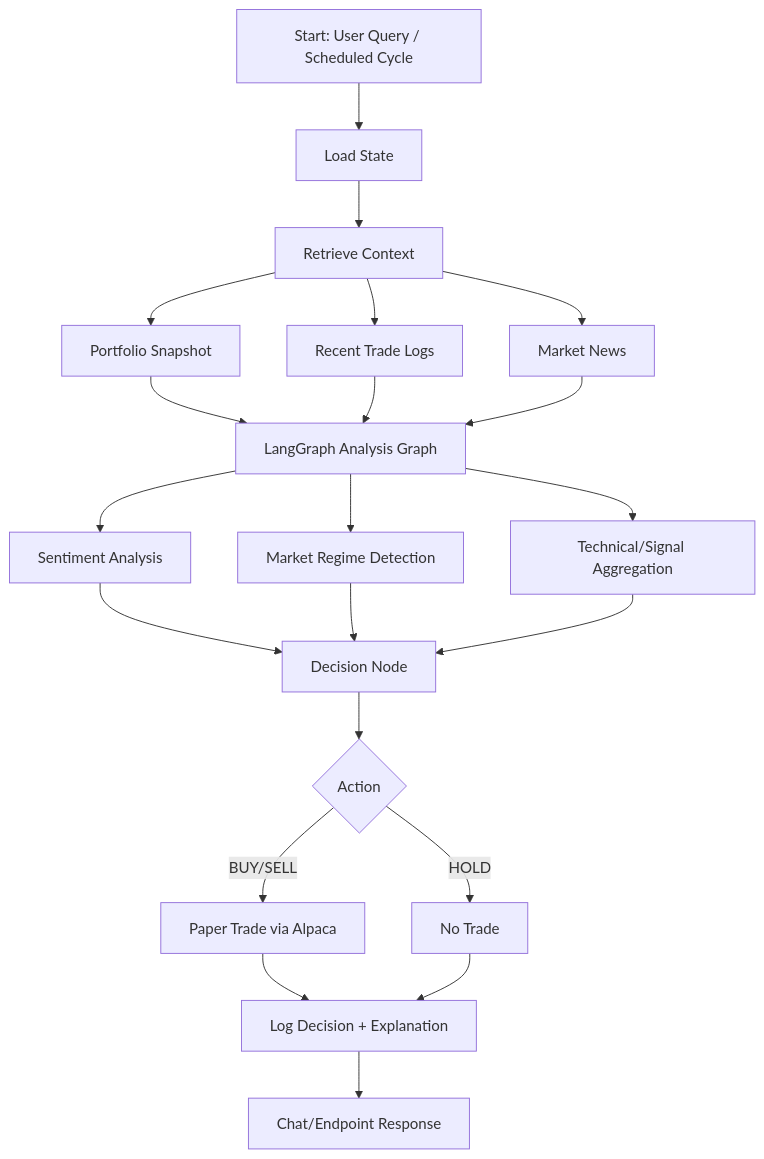
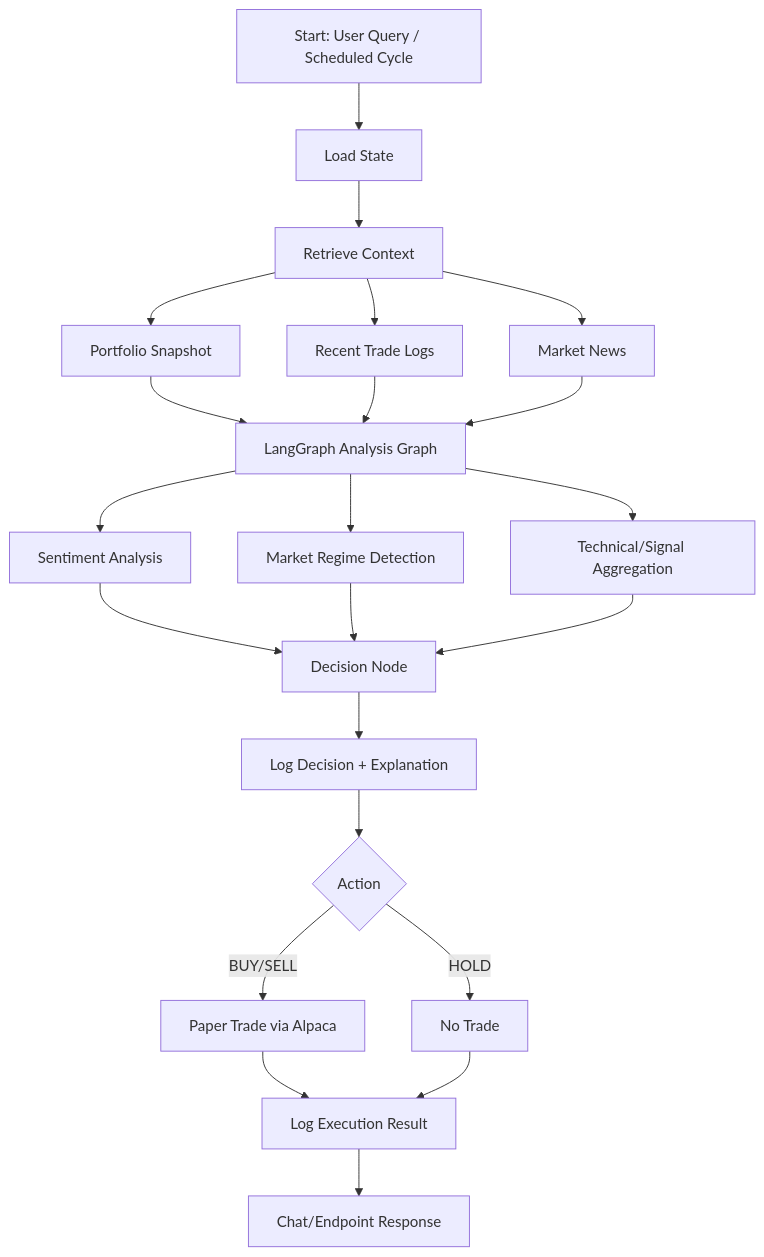
One commit to sidmadan40/StocksChat changed the diagram in README.md. Above: the diagram before and after it, drawn with Mermaid. The commit also changed 1 other file, not shown here.

Commit message:
Fix decision logging sequence before trade execution
- Update README flowchart to log decision before Alpaca trade
- Update run_ai_trade_cycle to log decision before broker call
- Add post-execution log event with execution status

````diff
--- a/README.md
+++ b/README.md
@@ -37,28 +37,29 @@
 ```mermaid
 flowchart TD
 	A[Start: User Query / Scheduled Cycle] --> B[Load State]
 	B --> C[Retrieve Context]
 	C --> C1[Portfolio Snapshot]
 	C --> C2[Recent Trade Logs]
 	C --> C3[Market News]
 
 	C1 --> D[LangGraph Analysis Graph]
 	C2 --> D
 	C3 --> D
 
 	D --> E[Sentiment Analysis]
 	D --> F[Market Regime Detection]
 	D --> G[Technical/Signal Aggregation]
 
 	E --> H[Decision Node]
 	F --> H
 	G --> H
+	H --> L[Log Decision + Explanation]
 
-	H --> I{Action}
+	L --> I{Action}
 	I -->|BUY/SELL| J[Paper Trade via Alpaca]
 	I -->|HOLD| K[No Trade]
 
-	J --> L[Log Decision + Explanation]
-	K --> L
-	L --> M[Chat/Endpoint Response]
+	J --> N[Log Execution Result]
+	K --> N
+	N --> M[Chat/Endpoint Response]
 ```
````
